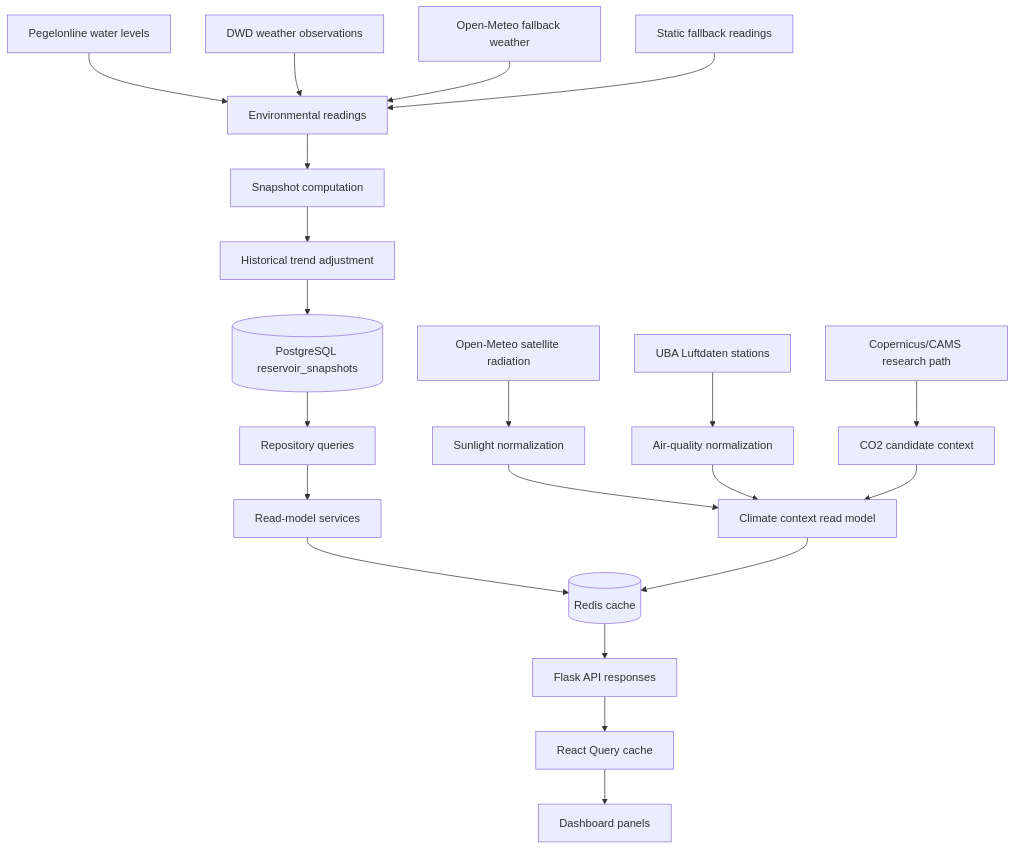
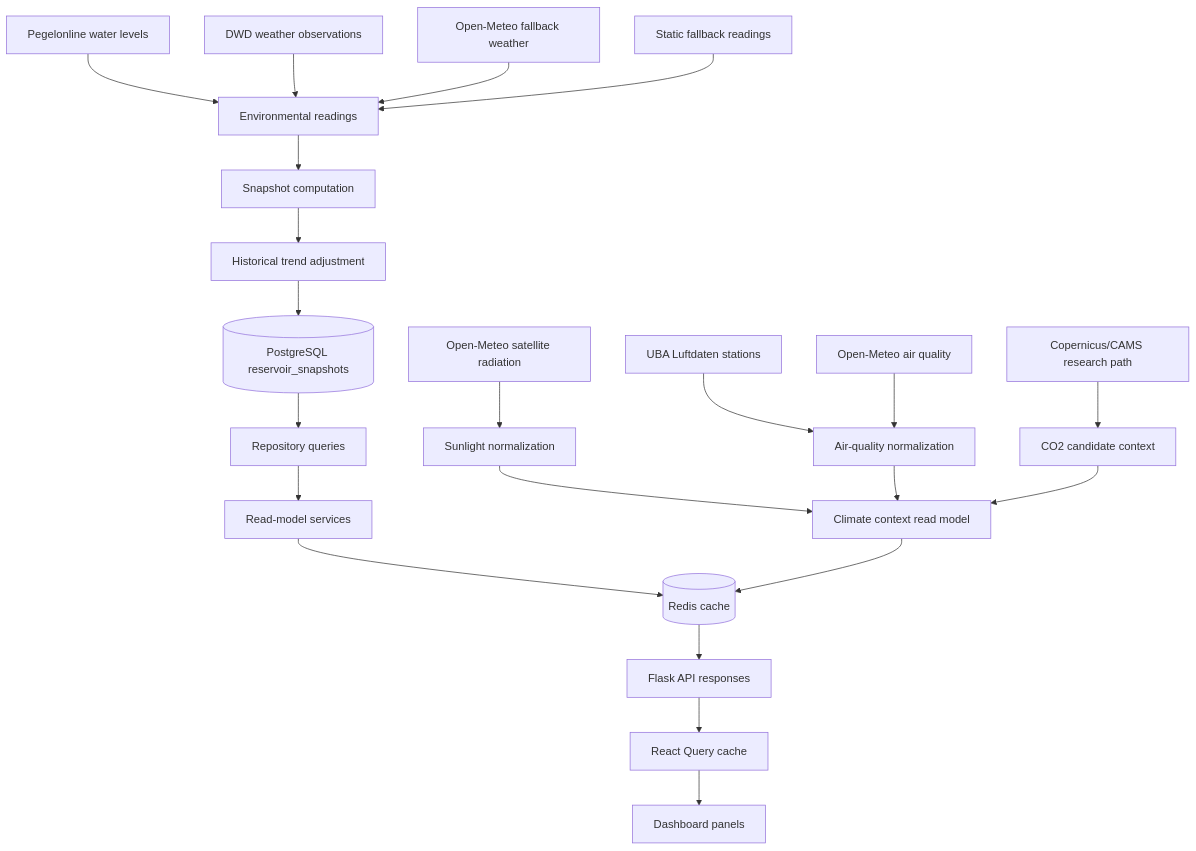
Before and after one commit to kabaskill/droplet: the first of 4 diagrams in docs/dataflow.md, drawn with Mermaid. The commit also changed other lines of this file and 3 other files, not shown here.

````diff
--- a/docs/dataflow.md
+++ b/docs/dataflow.md
@@ -9,23 +9,24 @@
 ```mermaid
 flowchart TD
   A[Pegelonline water levels] --> D[Environmental readings]
   B[DWD weather observations] --> D
   C[Open-Meteo fallback weather] --> D
   S[Open-Meteo satellite radiation] --> SD[Sunlight normalization]
   AQ[UBA Luftdaten stations] --> AD[Air-quality normalization]
+  OMA[Open-Meteo air quality] --> AD
   C2[Copernicus/CAMS research path] --> CD[CO2 candidate context]
   F[Static fallback readings] --> D
   D --> E[Snapshot computation]
   E --> G[Historical trend adjustment]
   G --> H[(PostgreSQL reservoir_snapshots)]
   H --> I[Repository queries]
   I --> J[Read-model services]
   SD --> CJ[Climate context read model]
   AD --> CJ
   CD --> CJ
   J --> K[(Redis cache)]
   CJ --> K
   K --> L[Flask API responses]
   L --> M[React Query cache]
   M --> N[Dashboard panels]
 ```
````
